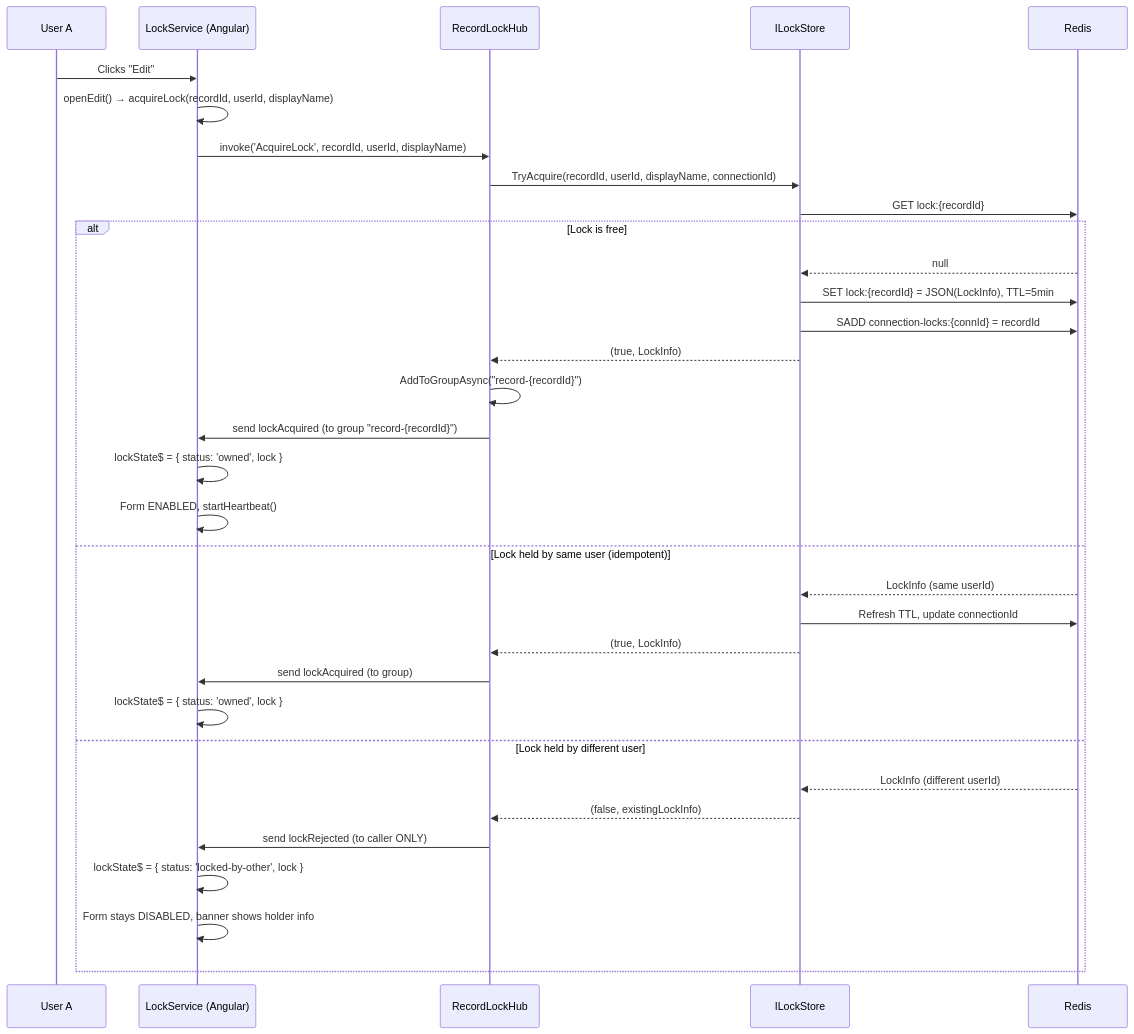
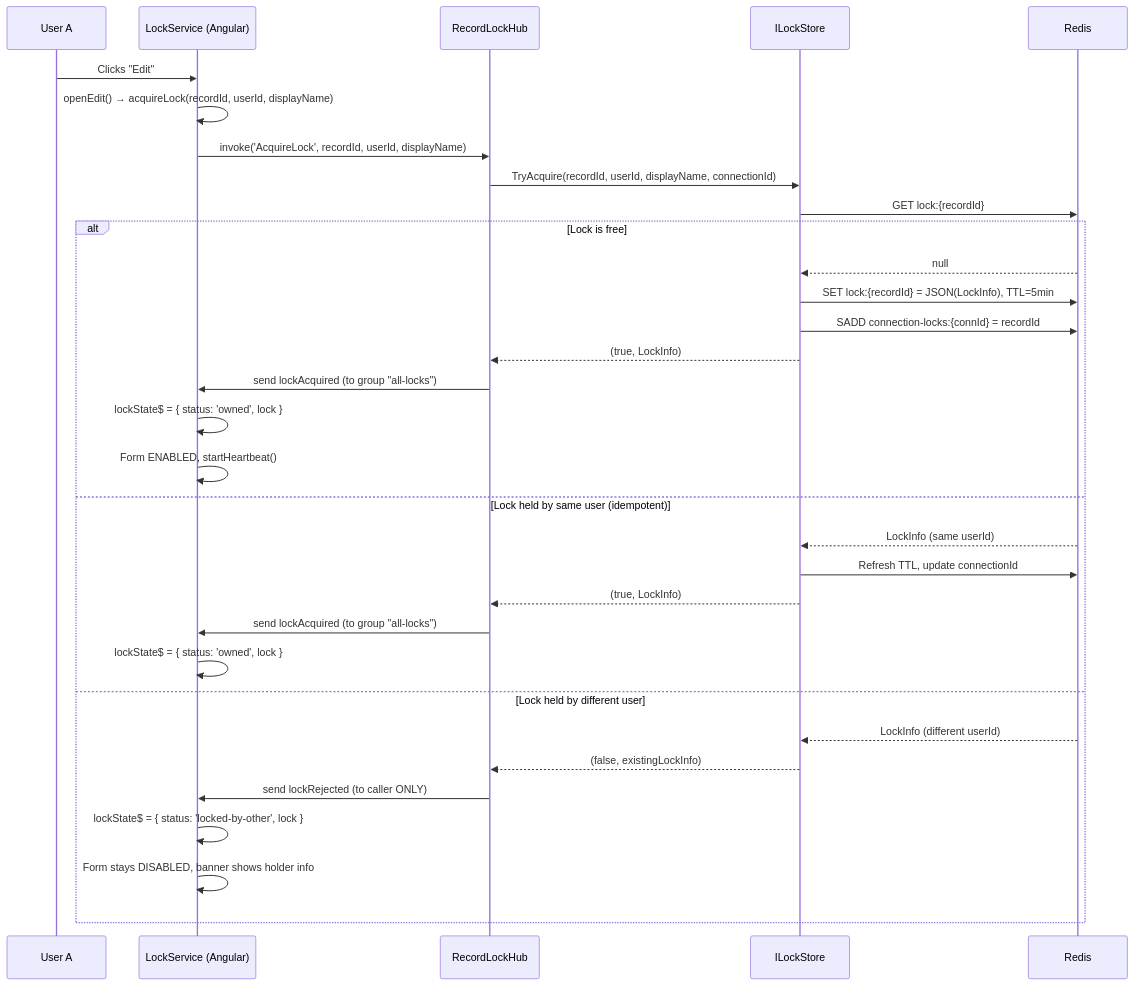
The sixth of 9 diagrams in docs/ARCHITECTURE.md (jasveersingh-tz/signalR), drawn with Mermaid before and after one commit. The commit also changed other lines of this file, not shown here.

Commit message:
architecture updated as per latest flow

````diff
--- a/docs/ARCHITECTURE.md
+++ b/docs/ARCHITECTURE.md
@@ -155,40 +168,39 @@
 ```mermaid
 sequenceDiagram
     participant U as User A
     participant FE as LockService (Angular)
     participant H as RecordLockHub
     participant S as ILockStore
     participant R as Redis
 
     U->>FE: Clicks "Edit"
     FE->>FE: openEdit() → acquireLock(recordId, userId, displayName)
     FE->>H: invoke('AcquireLock', recordId, userId, displayName)
 
     H->>S: TryAcquire(recordId, userId, displayName, connectionId)
     S->>R: GET lock:{recordId}
 
     alt Lock is free
         R-->>S: null
         S->>R: SET lock:{recordId} = JSON(LockInfo), TTL=5min
         S->>R: SADD connection-locks:{connId} = recordId
         S-->>H: (true, LockInfo)
-        H->>H: AddToGroupAsync("record-{recordId}")
-        H->>FE: send lockAcquired (to group "record-{recordId}")
+        H->>FE: send lockAcquired (to group "all-locks")
         FE->>FE: lockState$ = { status: 'owned', lock }
         FE->>FE: Form ENABLED, startHeartbeat()
 
     else Lock held by same user (idempotent)
         R-->>S: LockInfo (same userId)
         S->>R: Refresh TTL, update connectionId
         S-->>H: (true, LockInfo)
-        H->>FE: send lockAcquired (to group)
+        H->>FE: send lockAcquired (to group "all-locks")
         FE->>FE: lockState$ = { status: 'owned', lock }
 
     else Lock held by different user
         R-->>S: LockInfo (different userId)
         S-->>H: (false, existingLockInfo)
         H->>FE: send lockRejected (to caller ONLY)
         FE->>FE: lockState$ = { status: 'locked-by-other', lock }
         FE->>FE: Form stays DISABLED, banner shows holder info
     end
 ```
````
